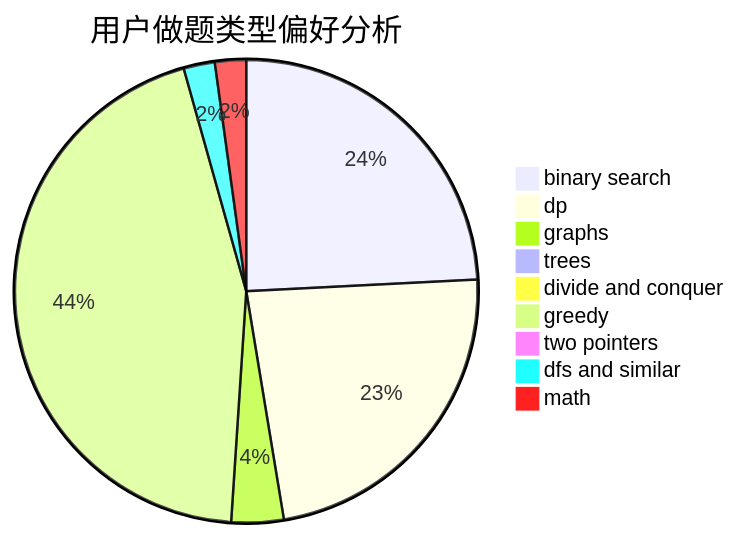
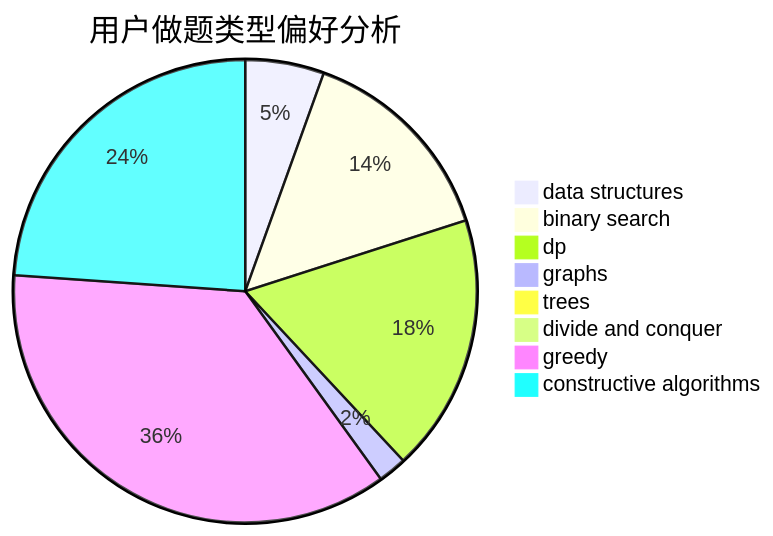
One commit to sherpahu/cfrs.github.io changed the second of 3 diagrams in docs/user/u904.md. Above: the diagram before and after it, drawn with Mermaid. The commit also changed other lines of this file and 2775 other files, not shown here.

````diff
--- a/docs/user/u904.md
+++ b/docs/user/u904.md
@@ -23,12 +23,11 @@
 ```mermaid
 pie title 用户做题类型偏好分析
-    "binary search" :  511
-    "dp" :  490
-    "graphs" :  77
-    "trees" :  19
+    "data structures" :  113
+    "binary search" :  299
+    "dp" :  370
+    "graphs" :  41
+    "trees" :  11
     "divide and conquer" :  9
-    "greedy" :  942
-    "two pointers" :  14
-    "dfs and similar" :  46
-    "math" :  46
+    "greedy" :  741
+    "constructive algorithms" :  491
 ```
````
